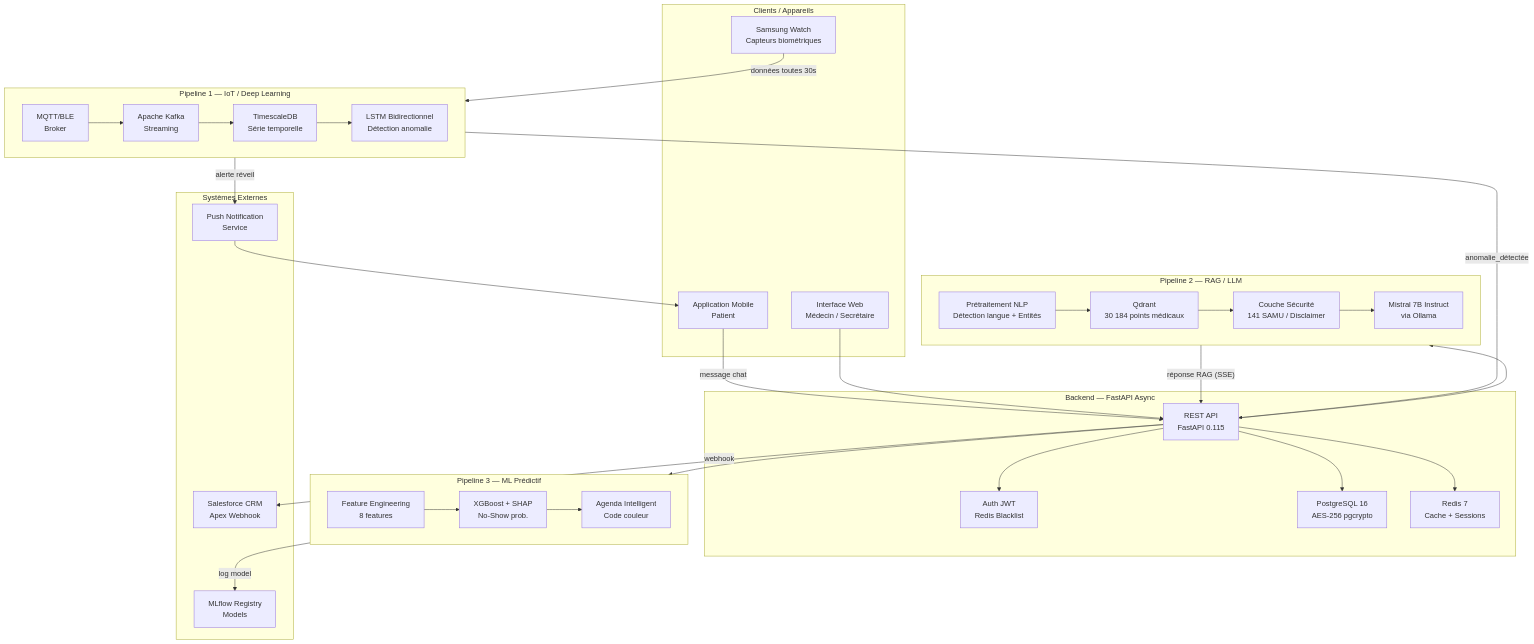
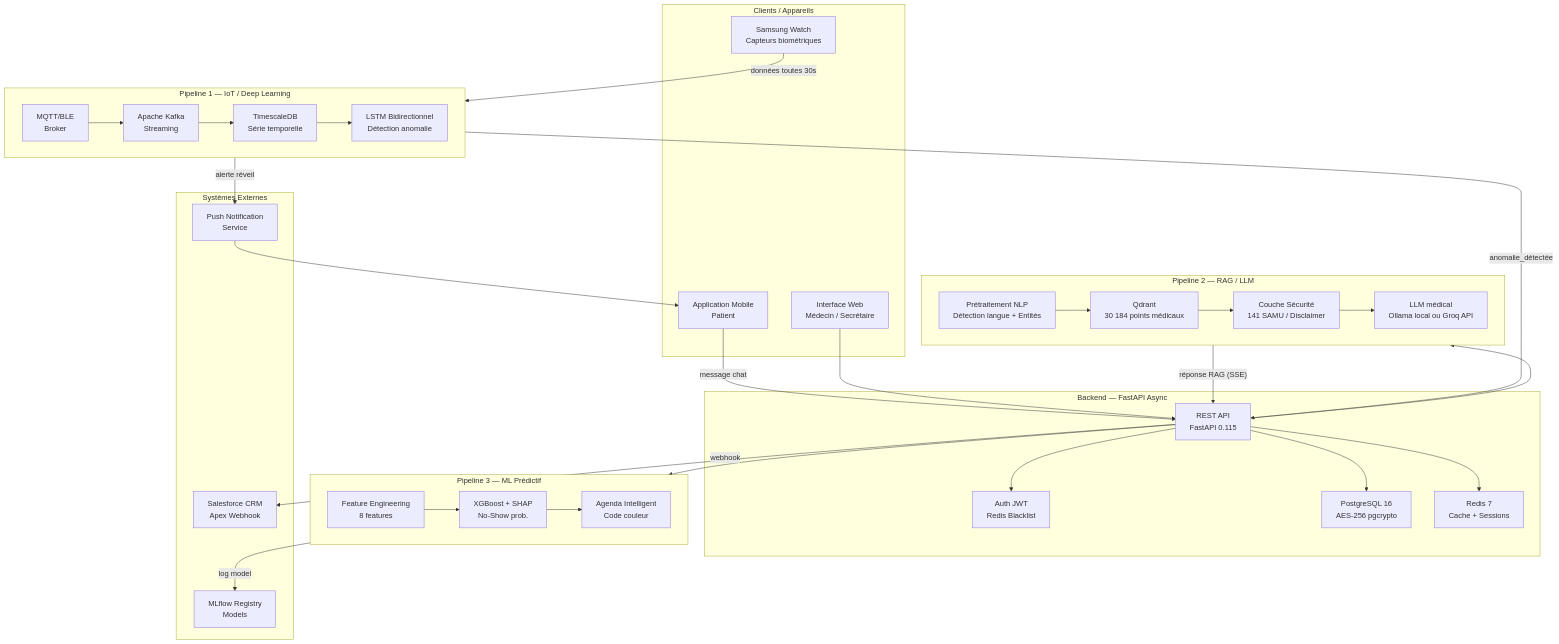
One commit to Boussyf0/MediSense-AI changed the first of 32 diagrams in docs/DIAGRAMMES.md. Above: the diagram before and after it, drawn with Mermaid. The commit also changed other lines of this file and 9 other files, not shown here.

````diff
--- a/docs/DIAGRAMMES.md
+++ b/docs/DIAGRAMMES.md
@@ -62,62 +62,62 @@
 ```mermaid
 flowchart TB
     subgraph Clients["Clients / Appareils"]
         WATCH["Samsung Watch<br/>Capteurs biométriques"]
         APP["Application Mobile<br/>Patient"]
         WEB["Interface Web<br/>Médecin / Secrétaire"]
     end
 
     subgraph P1["Pipeline 1 — IoT / Deep Learning"]
         direction LR
         MQTT["MQTT/BLE<br/>Broker"]
         KAFKA["Apache Kafka<br/>Streaming"]
         TS["TimescaleDB<br/>Série temporelle"]
         LSTM["LSTM Bidirectionnel<br/>Détection anomalie"]
     end
 
     subgraph P2["Pipeline 2 — RAG / LLM"]
         direction LR
         NLP["Prétraitement NLP<br/>Détection langue + Entités"]
         QDRANT["Qdrant<br/>30 184 points médicaux"]
         SAFETY["Couche Sécurité<br/>141 SAMU / Disclaimer"]
-        LLAMA["Mistral 7B Instruct<br/>via Ollama"]
+        LLAMA["LLM médical<br/>Ollama local ou Groq API"]
     end
 
     subgraph P3["Pipeline 3 — ML Prédictif"]
         direction LR
         FE["Feature Engineering<br/>8 features"]
         XGB["XGBoost + SHAP<br/>No-Show prob."]
         AGENDA["Agenda Intelligent<br/>Code couleur"]
     end
 
     subgraph Backend["Backend — FastAPI Async"]
         API["REST API<br/>FastAPI 0.115"]
         AUTH["Auth JWT<br/>Redis Blacklist"]
         DB["PostgreSQL 16<br/>AES-256 pgcrypto"]
         REDIS["Redis 7<br/>Cache + Sessions"]
     end
 
     subgraph Externe["Systèmes Externes"]
         SF["Salesforce CRM<br/>Apex Webhook"]
         PUSH["Push Notification<br/>Service"]
         MLFLOW["MLflow Registry<br/>Models"]
     end
 
     WATCH -->|"données toutes 30s"| MQTT
     MQTT --> KAFKA --> TS --> LSTM
     LSTM -->|"anomalie_détectée"| API
     LSTM -->|"alerte réveil"| PUSH
     PUSH --> APP
 
     APP -->|"message chat"| API
     API --> NLP --> QDRANT --> SAFETY --> LLAMA
     LLAMA -->|"réponse RAG (SSE)"| API
 
     WEB --> API
     API --> FE --> XGB --> AGENDA
     API --> AUTH
     API --> DB
     API --> REDIS
     API -->|"webhook"| SF
     XGB -->|"log model"| MLFLOW
 ```
````
